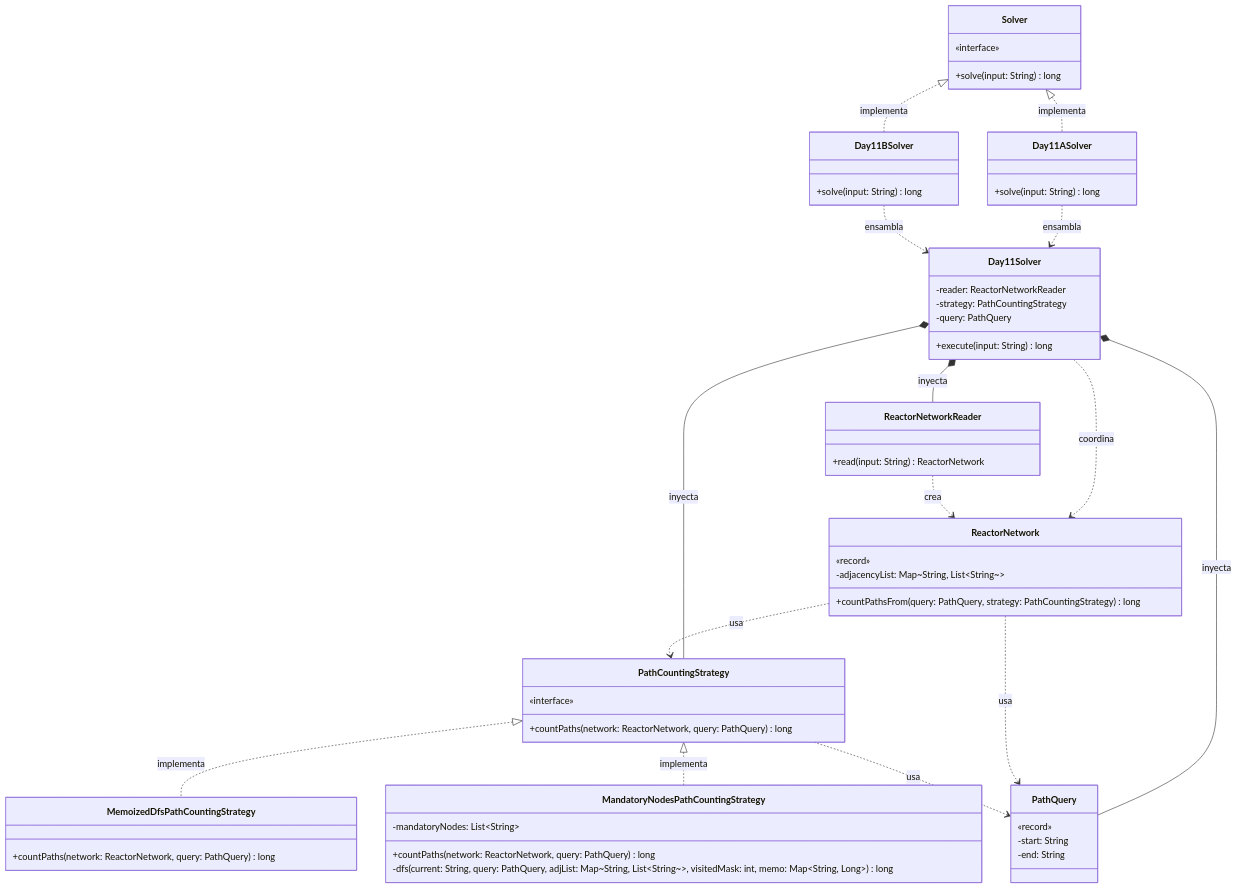
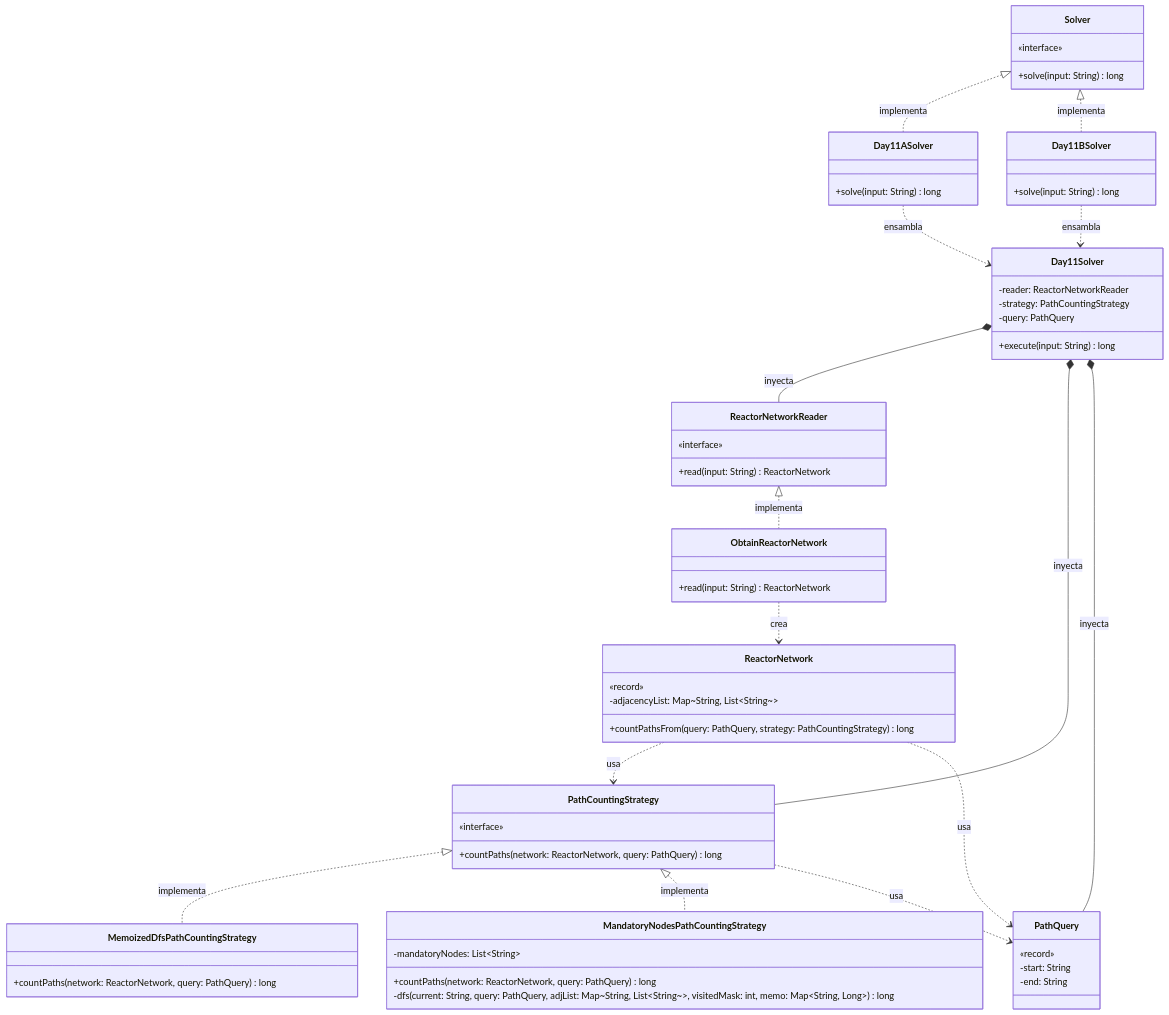
One commit to ivanperezdiaz829/AoC2025 changed the diagram in src/main/java/software/aoc/day11/README.md. Above: the diagram before and after it, drawn with Mermaid. The commit also changed other lines of this file, not shown here.

Commit message:
fix(README): Relations modified

````diff
--- a/src/main/java/software/aoc/day11/README.md
+++ b/src/main/java/software/aoc/day11/README.md
@@ -39,73 +39,78 @@
 ```mermaid
 classDiagram
   class Solver {
     «interface»
     +solve(input: String) long
   }
 
   class Day11ASolver {
     +solve(input: String) long
   }
 
   class Day11BSolver {
     +solve(input: String) long
   }
 
   class Day11Solver {
     -reader: ReactorNetworkReader
     -strategy: PathCountingStrategy
     -query: PathQuery
     +execute(input: String) long
   }
 
   class PathQuery {
     «record»
     -start: String
     -end: String
   }
 
   class ReactorNetwork {
     «record»
     -adjacencyList: Map~String, List~String~~
     +countPathsFrom(query: PathQuery, strategy: PathCountingStrategy) long
   }
 
   class PathCountingStrategy {
     «interface»
     +countPaths(network: ReactorNetwork, query: PathQuery) long
   }
 
   class MemoizedDfsPathCountingStrategy {
     +countPaths(network: ReactorNetwork, query: PathQuery) long
   }
 
   class MandatoryNodesPathCountingStrategy {
     -mandatoryNodes: List~String~
     +countPaths(network: ReactorNetwork, query: PathQuery) long
     -dfs(current: String, query: PathQuery, adjList: Map~String, List~String~~, visitedMask: int, memo: Map~String, Long~) long
   }
 
   class ReactorNetworkReader {
+    «interface»
+    +read(input: String) ReactorNetwork
+  }
+
+  class ObtainReactorNetwork {
     +read(input: String) ReactorNetwork
   }
 
 %% Relaciones de Implementación
   Solver <|.. Day11ASolver : implementa
   Solver <|.. Day11BSolver : implementa
   PathCountingStrategy <|.. MemoizedDfsPathCountingStrategy : implementa
   PathCountingStrategy <|.. MandatoryNodesPathCountingStrategy : implementa
+  ReactorNetworkReader <|.. ObtainReactorNetwork : implementa
 
 %% Relaciones de Ensamblaje e Inyección
   Day11ASolver ..> Day11Solver : ensambla
   Day11BSolver ..> Day11Solver : ensambla
   Day11Solver *-- ReactorNetworkReader : inyecta
   Day11Solver *-- PathCountingStrategy : inyecta
   Day11Solver *-- PathQuery : inyecta
 
 %% Relaciones de Dominio
-  Day11Solver ..> ReactorNetwork : coordina
   ReactorNetwork ..> PathCountingStrategy : usa
   ReactorNetwork ..> PathQuery : usa
   PathCountingStrategy ..> PathQuery : usa
-  ReactorNetworkReader ..> ReactorNetwork : crea
+  ObtainReactorNetwork ..> ReactorNetwork : crea
 ```
````
